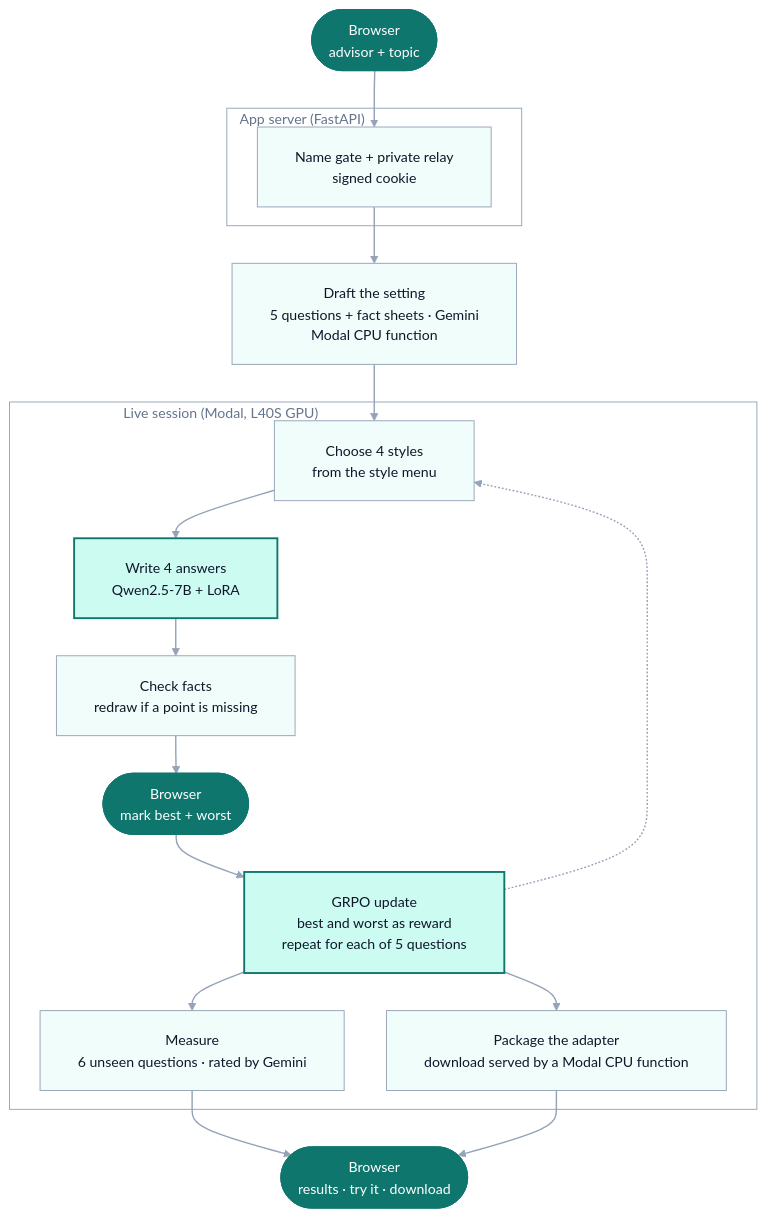
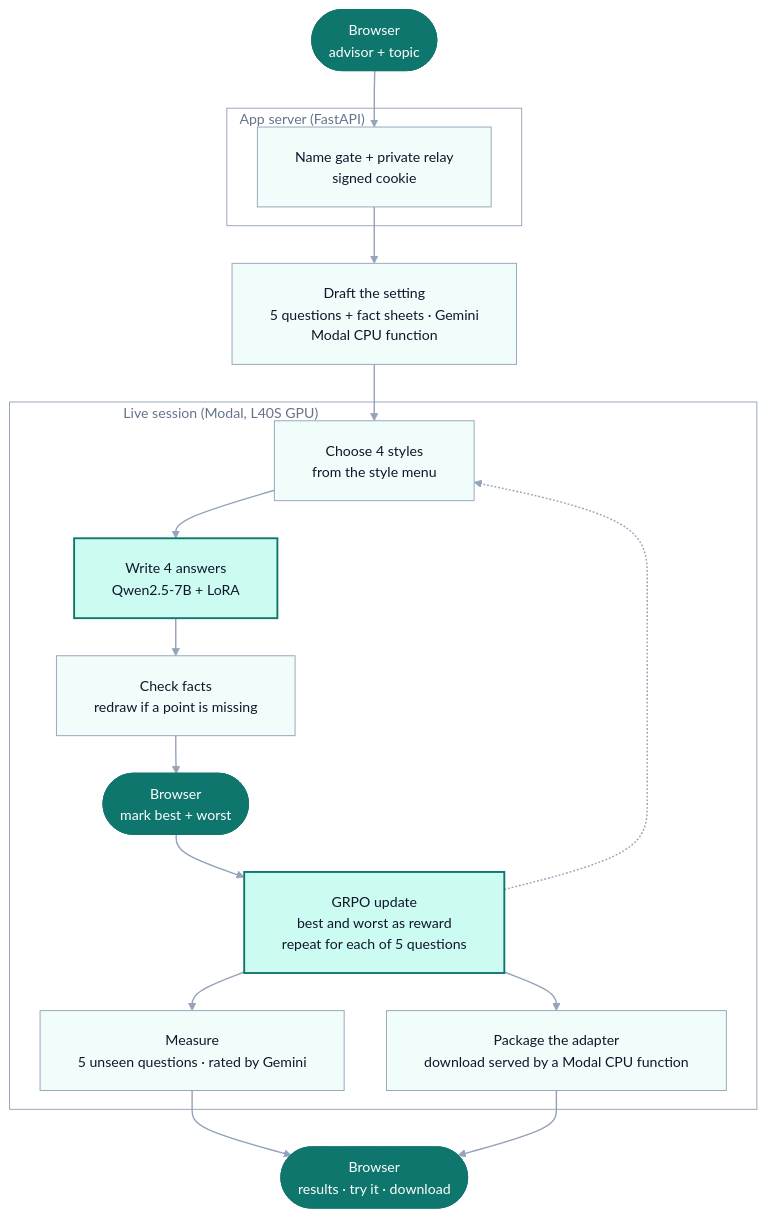
The diagram in README.md (jessecui/attune), drawn with Mermaid before and after one commit. The commit also changed other lines of this file and 5 other files, not shown here.

Commit message:
Rate the result on five unseen questions, the same number the session asks

````diff
--- a/README.md
+++ b/README.md
@@ -42,40 +42,40 @@
 ```mermaid
 %%{init: {"theme": "base", "themeVariables": {"fontSize": "15px", "lineColor": "#94a3b8", "textColor": "#64748b", "clusterBkg": "transparent", "clusterBorder": "#94a3b8", "titleColor": "#64748b"}, "flowchart": {"curve": "basis", "nodeSpacing": 45, "rankSpacing": 40, "padding": 20, "wrappingWidth": 400}}}%%
 flowchart TB
     UI(["Browser<br/>advisor + topic"])
 
     D["Draft the setting<br/>5 questions + fact sheets · Gemini<br/>Modal CPU function"]
 
     subgraph APP["App server (FastAPI)#nbsp;#nbsp;#nbsp;#nbsp;#nbsp;#nbsp;#nbsp;#nbsp;#nbsp;#nbsp;#nbsp;#nbsp;#nbsp;#nbsp;#nbsp;#nbsp;#nbsp;#nbsp;#nbsp;#nbsp;#nbsp;#nbsp;#nbsp;#nbsp;#nbsp;#nbsp;#nbsp;#nbsp;#nbsp;#nbsp;#nbsp;#nbsp;#nbsp;#nbsp;#nbsp;#nbsp;#nbsp;#nbsp;#nbsp;#nbsp;"]
         A["Name gate + private relay<br/>signed cookie"]
     end
 
     subgraph LIVE["Live session (Modal, L40S GPU)#nbsp;#nbsp;#nbsp;#nbsp;#nbsp;#nbsp;#nbsp;#nbsp;#nbsp;#nbsp;#nbsp;#nbsp;#nbsp;#nbsp;#nbsp;#nbsp;#nbsp;#nbsp;#nbsp;#nbsp;#nbsp;#nbsp;#nbsp;#nbsp;#nbsp;#nbsp;#nbsp;#nbsp;#nbsp;#nbsp;#nbsp;#nbsp;#nbsp;#nbsp;#nbsp;#nbsp;#nbsp;#nbsp;#nbsp;#nbsp;#nbsp;#nbsp;#nbsp;#nbsp;#nbsp;#nbsp;#nbsp;#nbsp;#nbsp;#nbsp;#nbsp;#nbsp;#nbsp;#nbsp;#nbsp;#nbsp;#nbsp;#nbsp;#nbsp;#nbsp;#nbsp;#nbsp;#nbsp;#nbsp;#nbsp;#nbsp;#nbsp;#nbsp;#nbsp;#nbsp;#nbsp;#nbsp;#nbsp;#nbsp;#nbsp;#nbsp;#nbsp;#nbsp;#nbsp;#nbsp;#nbsp;#nbsp;#nbsp;#nbsp;#nbsp;#nbsp;#nbsp;#nbsp;#nbsp;#nbsp;"]
         C["Choose 4 styles<br/>from the style menu"]
         W["Write 4 answers<br/>Qwen2.5-7B + LoRA"]
         F["Check facts<br/>redraw if a point is missing"]
         PICK(["Browser<br/>mark best + worst"])
         U["GRPO update<br/>best and worst as reward<br/>repeat for each of 5 questions"]
-        M["Measure<br/>6 unseen questions · rated by Gemini"]
+        M["Measure<br/>5 unseen questions · rated by Gemini"]
         PKG["Package the adapter<br/>download served by a Modal CPU function"]
         C --> W --> F --> PICK --> U
         U -.-> C
         U --> M
         U --> PKG
     end
 
     OUT(["Browser<br/>results · try it · download"])
 
     UI --> A --> D --> C
     M --> OUT
     PKG --> OUT
 
     classDef step fill:#f0fdfa,stroke:#94a3b8,stroke-width:1px,color:#0f172a
     classDef model fill:#ccfbf1,stroke:#0f766e,stroke-width:2px,color:#0f172a
     classDef client fill:#0f766e,stroke:#0f766e,color:#ffffff
 
     class A,D,C,F,M,PKG step
     class W,U model
     class UI,PICK,OUT client
     linkStyle default stroke:#94a3b8,stroke-width:1.5px
 ```
````
